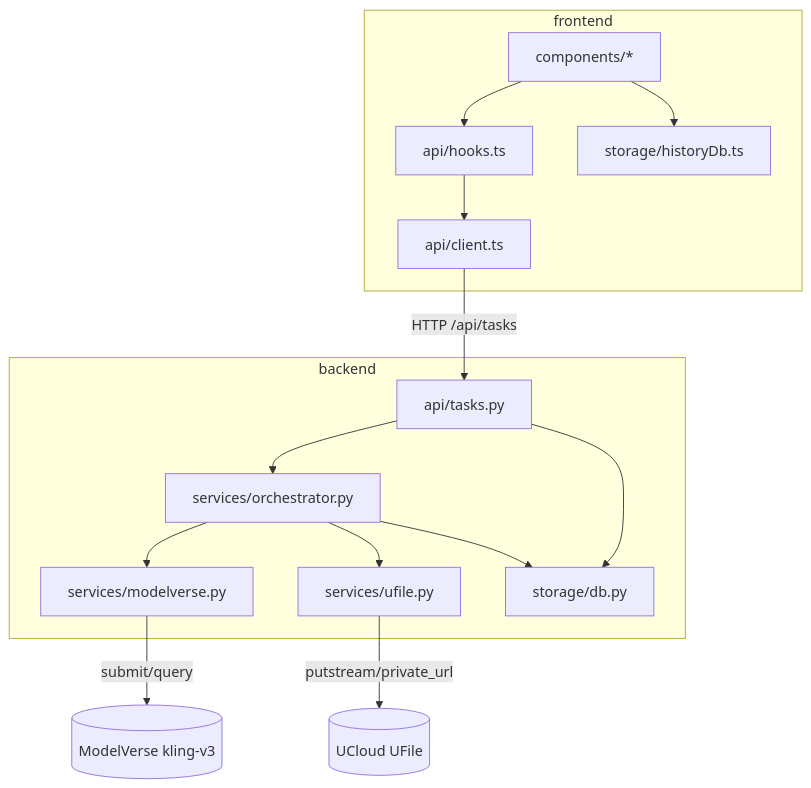
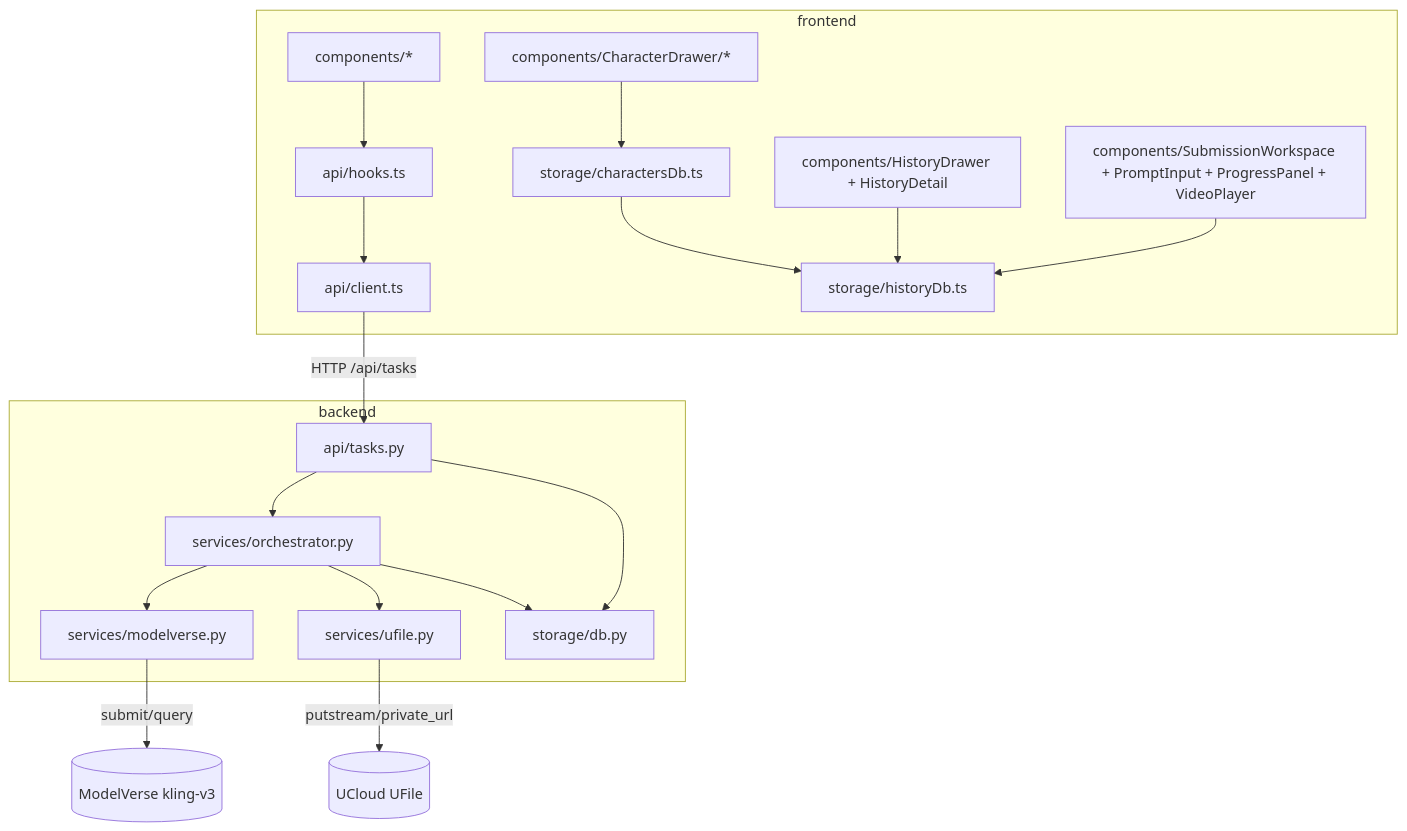
Before and after one commit to ithkeen/mays-vlog: the diagram in .cadence/PROJECT.md, drawn with Mermaid. The commit also changed other lines of this file and 6 other files, not shown here.

````diff
--- a/.cadence/PROJECT.md
+++ b/.cadence/PROJECT.md
@@ -25,27 +25,34 @@
 ```mermaid
 graph TD
   subgraph frontend
     UI[components/*]
+    sub[components/SubmissionWorkspace + PromptInput + ProgressPanel + VideoPlayer]
+    hist[components/HistoryDrawer + HistoryDetail]
+    chardrawer[components/CharacterDrawer/*]
     apihook[api/hooks.ts]
     apiclient[api/client.ts]
-    idb[storage/historyDb.ts]
+    histDb[storage/historyDb.ts]
+    charDb[storage/charactersDb.ts]
     UI --> apihook
     apihook --> apiclient
-    UI --> idb
+    sub --> histDb
+    hist --> histDb
+    chardrawer --> charDb
+    charDb --> histDb
   end
   subgraph backend
     router[api/tasks.py]
     orch[services/orchestrator.py]
     mv[services/modelverse.py]
     uf[services/ufile.py]
     db[storage/db.py]
     router --> orch
     router --> db
     orch --> mv
     orch --> uf
     orch --> db
   end
   apiclient -->|HTTP /api/tasks| router
   uf -->|putstream/private_url| UFile[(UCloud UFile)]
   mv -->|submit/query| ModelVerse[(ModelVerse kling-v3)]
 ```
````
